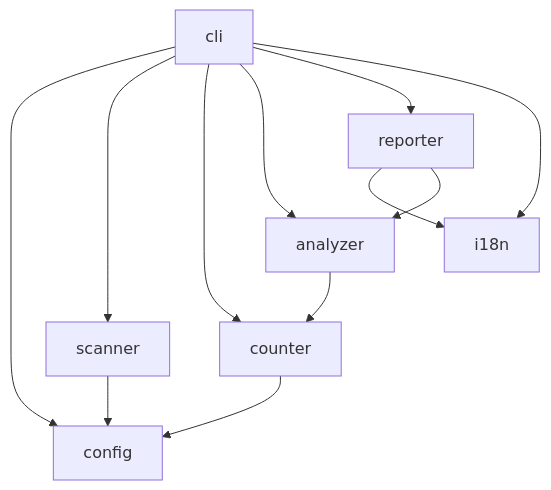
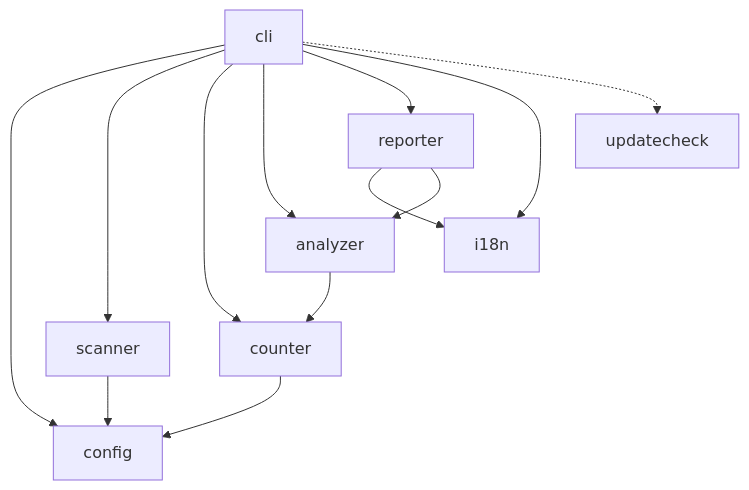
The first of 3 diagrams in docs/components/overview.md (ousiassllc/Linterly), drawn with Mermaid before and after one commit. The commit also changed other lines of this file and 4 other files, not shown here.

````diff
--- a/docs/components/overview.md
+++ b/docs/components/overview.md
@@ -5,22 +5,24 @@
 ```mermaid
 graph TD
     CLI["cli"]
     Config["config"]
     Scanner["scanner"]
     Counter["counter"]
     Analyzer["analyzer"]
     Reporter["reporter"]
     I18n["i18n"]
+    UC["updatecheck"]
 
     CLI --> Config
     CLI --> Scanner
     CLI --> Counter
     CLI --> Analyzer
     CLI --> Reporter
     CLI --> I18n
+    CLI -.-> UC
     Scanner --> Config
     Counter --> Config
     Analyzer --> Counter
     Reporter --> I18n
     Reporter --> Analyzer
 ```
````
